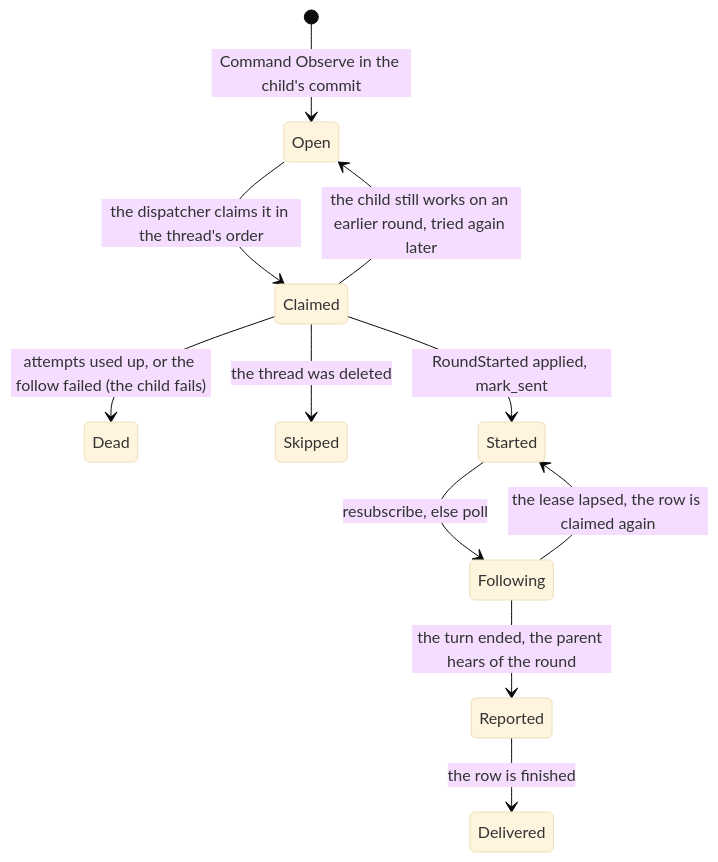
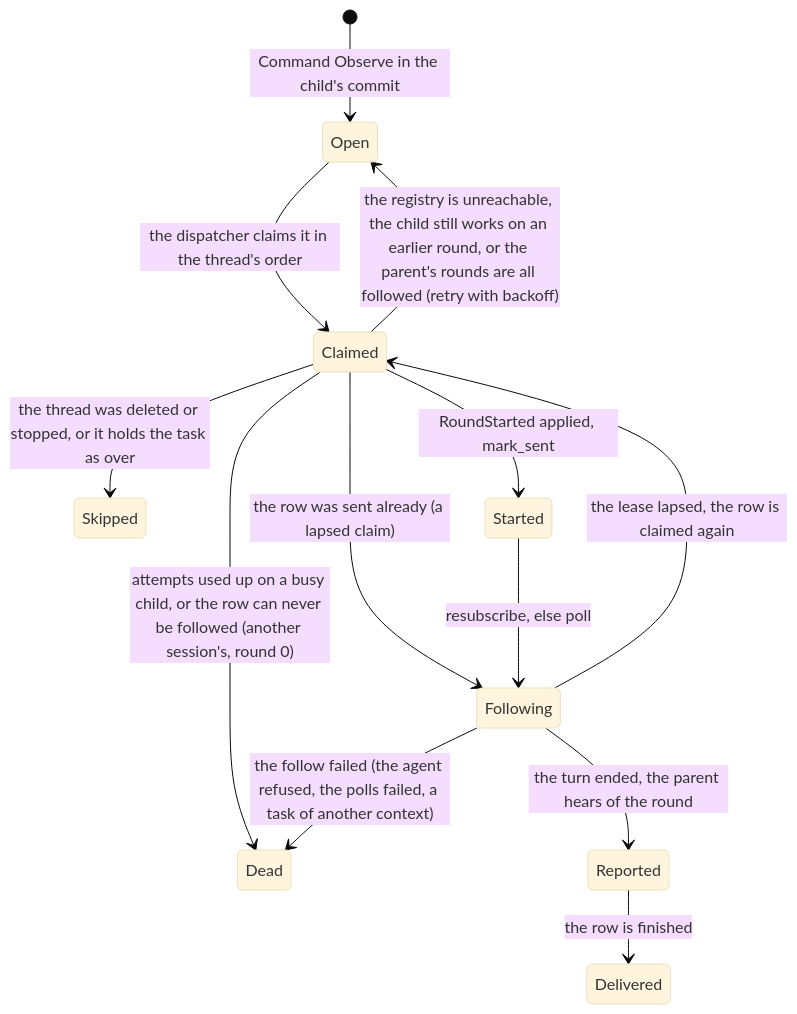
One commit to vymalo/another-agentic-system changed diagram 31 of 56 in docs/orchestrator.md. Above: the diagram before and after it, drawn with Mermaid (base theme). The commit also changed other lines of this file and 4 other files, not shown here.

First line of the commit message:
docs(orchestrator): fix the observed-round diagrams and record the S2d review decisions

````diff
--- a/docs/orchestrator.md
+++ b/docs/orchestrator.md
@@ -1629,13 +1629,15 @@
 ```mermaid
 stateDiagram-v2
   [*] --> Open: Command Observe in the child's commit
   Open --> Claimed: the dispatcher claims it in the thread's order
-  Claimed --> Open: the child still works on an earlier round, tried again later
-  Claimed --> Dead: attempts used up, or the follow failed (the child fails)
-  Claimed --> Skipped: the thread was deleted
+  Claimed --> Open: the registry is unreachable, the child still works on an earlier round, or the parent's rounds are all followed (retry with backoff)
+  Claimed --> Dead: attempts used up on a busy child, or the row can never be followed (another session's, round 0)
+  Claimed --> Skipped: the thread was deleted or stopped, or it holds the task as over
   Claimed --> Started: RoundStarted applied, mark_sent
+  Claimed --> Following: the row was sent already (a lapsed claim)
   Started --> Following: resubscribe, else poll
-  Following --> Started: the lease lapsed, the row is claimed again
+  Following --> Claimed: the lease lapsed, the row is claimed again
+  Following --> Dead: the follow failed (the agent refused, the polls failed, a task of another context)
   Following --> Reported: the turn ended, the parent hears of the round
   Reported --> Delivered: the row is finished
 ```
````
